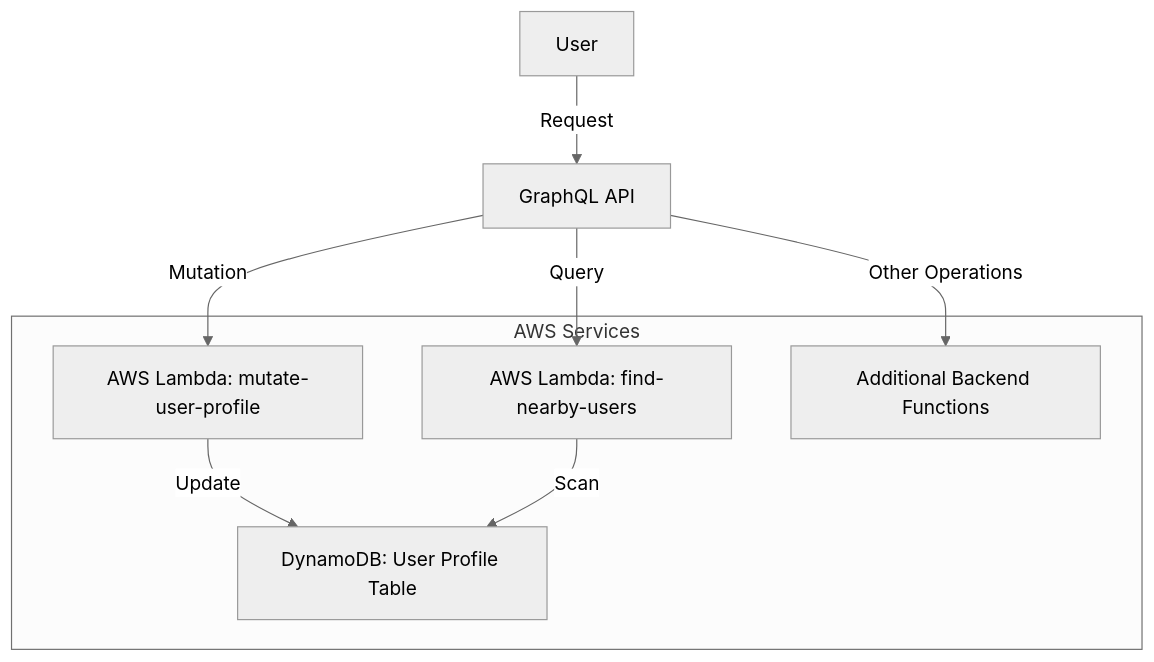
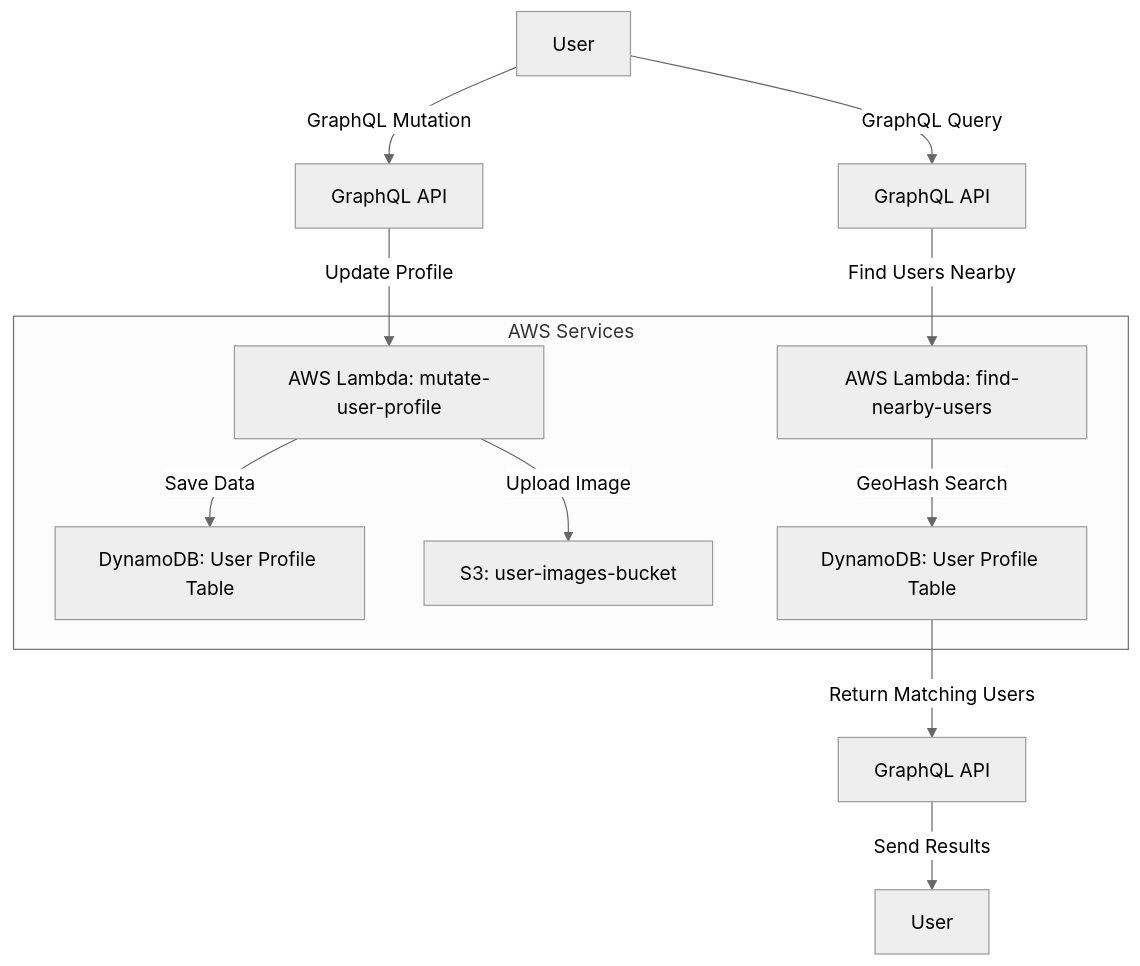
The diagram in README.md (guy16510/angular-get-local-friends), drawn with Mermaid (neutral theme) before and after one commit. The commit also changed other lines of this file, not shown here.

````diff
--- a/README.md
+++ b/README.md
@@ -16,16 +17,21 @@
 ```mermaid
 graph TD;
-    A[User] -->|Request| B[GraphQL API];
-    B -->|Mutation| C[AWS Lambda: mutate-user-profile];
-    C -->|Update| D[DynamoDB: User Profile Table];
-    B -->|Query| E[AWS Lambda: find-nearby-users];
-    E -->|Scan| D;
-    B -->|Other Operations| F[Additional Backend Functions];
-    
+    A[User] -->|GraphQL Mutation| B[GraphQL API];
+    B -->|Update Profile| C[AWS Lambda: mutate-user-profile];
+    C -->|Save Data| D[DynamoDB: User Profile Table];
+    C -->|Upload Image| E[S3: user-images-bucket];
+
+    A -->|GraphQL Query| F[GraphQL API];
+    F -->|Find Users Nearby| G[AWS Lambda: find-nearby-users];
+    G -->|GeoHash Search| H[DynamoDB: User Profile Table];
+    H -->|Return Matching Users| I[GraphQL API];
+    I -->|Send Results| J[User];
+
     subgraph AWS Services
         C;
         D;
         E;
-        F;
+        G;
+        H;
     end
 ```
````
